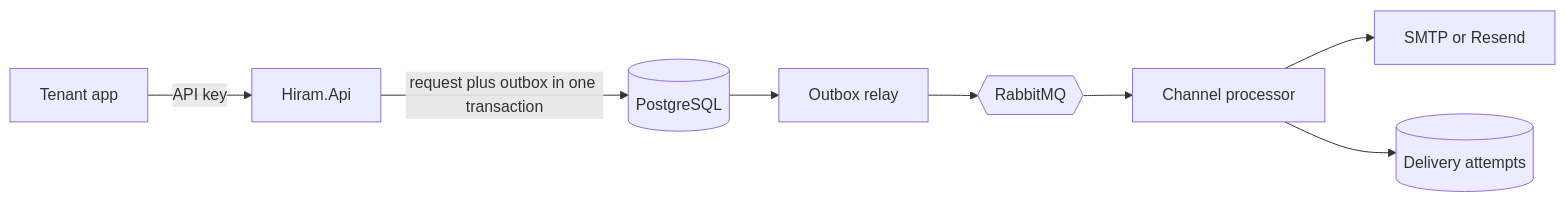
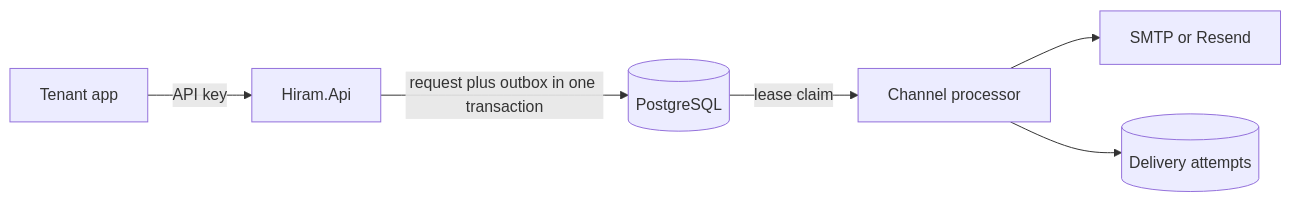
One commit to michel-az-de/hiram changed the diagram in README.md. Above: the diagram before and after it, drawn with Mermaid. The commit also changed other lines of this file and 21 other files, not shown here.

````diff
--- a/README.md
+++ b/README.md
@@ -48,10 +47,8 @@
 ```mermaid
 flowchart LR
   client[Tenant app] -->|API key| api[Hiram.Api]
   api -->|request plus outbox in one transaction| pg[(PostgreSQL)]
-  pg --> relay[Outbox relay]
-  relay --> mq{{RabbitMQ}}
-  mq --> dispatcher[Channel processor]
+  pg -->|lease claim| dispatcher[Channel processor]
   dispatcher --> provider[SMTP or Resend]
   dispatcher --> attempts[(Delivery attempts)]
 ```
````
